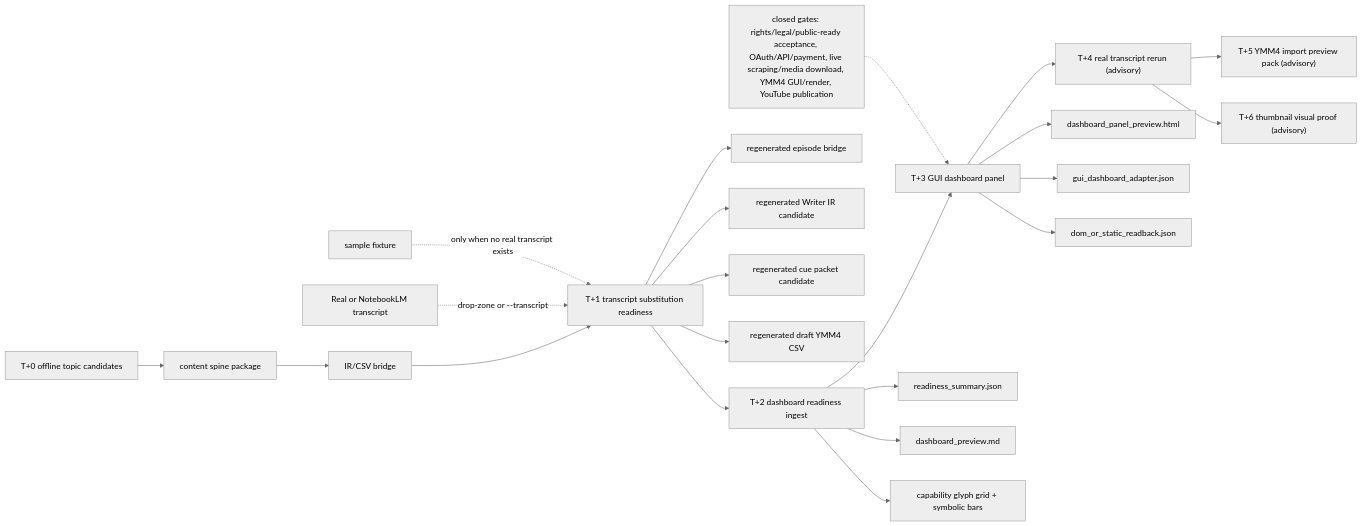
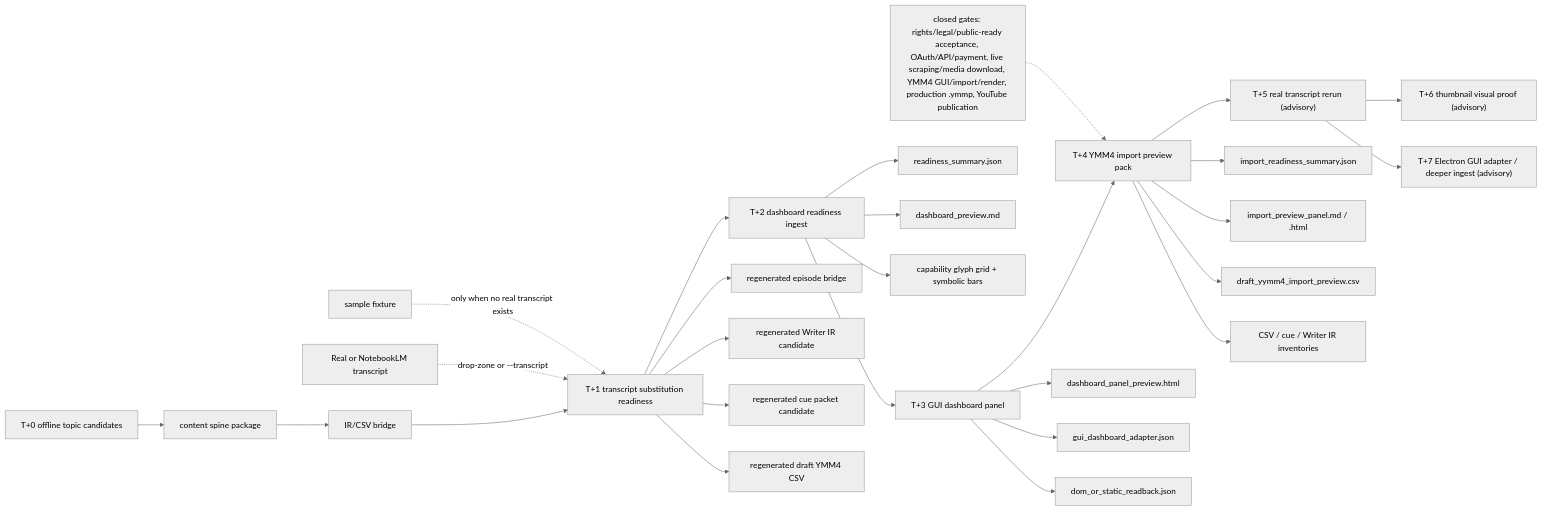
Before and after one commit to YuShimoji/NLMYTGen: the diagram in docs/PROJECT_PIPELINE.mmd, drawn with Mermaid (neutral theme). The commit also changed 19 other files, not shown here.

Commit message:
feat: add ymm4 import preview pack

```diff
--- a/docs/PROJECT_PIPELINE.mmd
+++ b/docs/PROJECT_PIPELINE.mmd
@@ -1,25 +1,30 @@
 flowchart LR
     A["T+0 offline topic candidates"] --> B["content spine package"]
     B --> C["IR/CSV bridge"]
     C --> D["T+1 transcript substitution readiness"]
     D --> E["T+2 dashboard readiness ingest"]
     E --> S["T+3 GUI dashboard panel"]
-    S --> F["T+4 real transcript rerun (advisory)"]
-    F --> N["T+5 YMM4 import preview pack (advisory)"]
+    S --> N["T+4 YMM4 import preview pack"]
+    N --> F["T+5 real transcript rerun (advisory)"]
     F --> O["T+6 thumbnail visual proof (advisory)"]
+    F --> X["T+7 Electron GUI adapter / deeper ingest (advisory)"]
 
     G["Real or NotebookLM transcript"] -. "drop-zone or --transcript" .-> D
     H["sample fixture"] -. "only when no real transcript exists" .-> D
 
     D --> I["regenerated episode bridge"]
     D --> J["regenerated Writer IR candidate"]
     D --> K["regenerated cue packet candidate"]
     D --> L["regenerated draft YMM4 CSV"]
     E --> P["readiness_summary.json"]
     E --> Q["dashboard_preview.md"]
     E --> R["capability glyph grid + symbolic bars"]
     S --> T["dashboard_panel_preview.html"]
     S --> U["gui_dashboard_adapter.json"]
     S --> V["dom_or_static_readback.json"]
+    N --> W["import_readiness_summary.json"]
+    N --> Y["import_preview_panel.md / .html"]
+    N --> Z["draft_yymm4_import_preview.csv"]
+    N --> AA["CSV / cue / Writer IR inventories"]
 
-    M["closed gates: rights/legal/public-ready acceptance, OAuth/API/payment, live scraping/media download, YMM4 GUI/render, YouTube publication"] -.-> S
+    M["closed gates: rights/legal/public-ready acceptance, OAuth/API/payment, live scraping/media download, YMM4 GUI/import/render, production .ymmp, YouTube publication"] -.-> N
```
